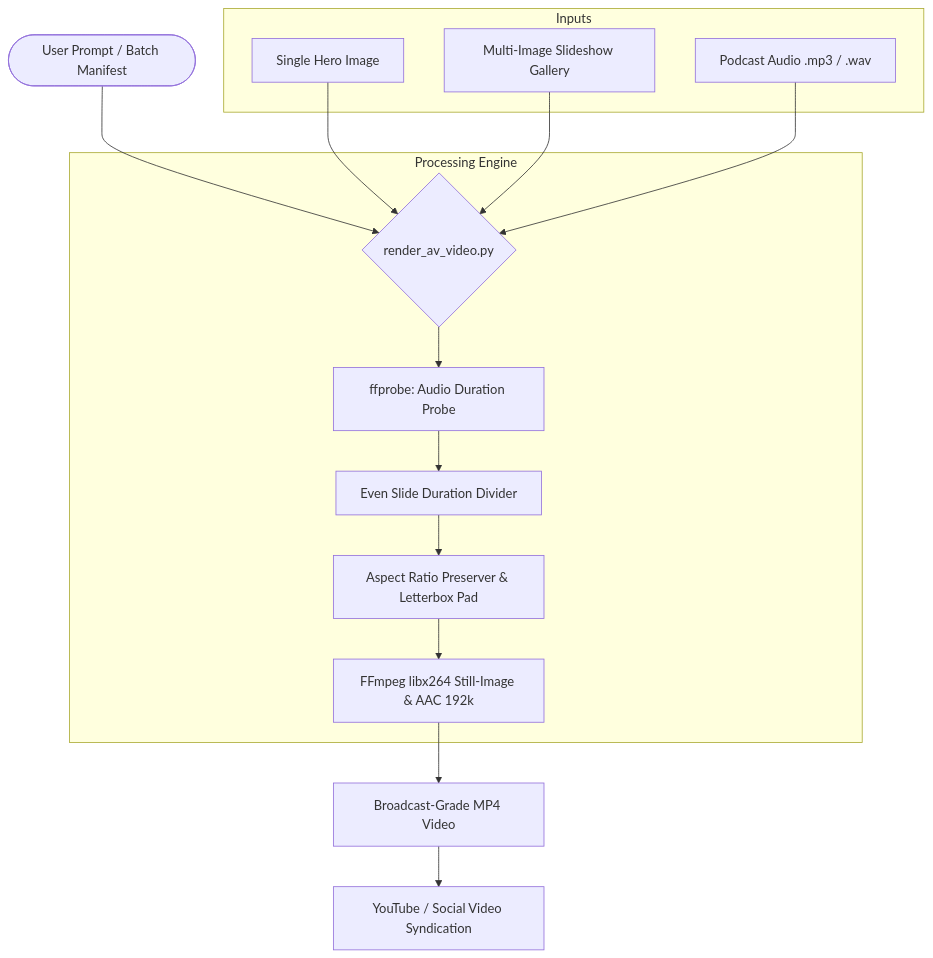
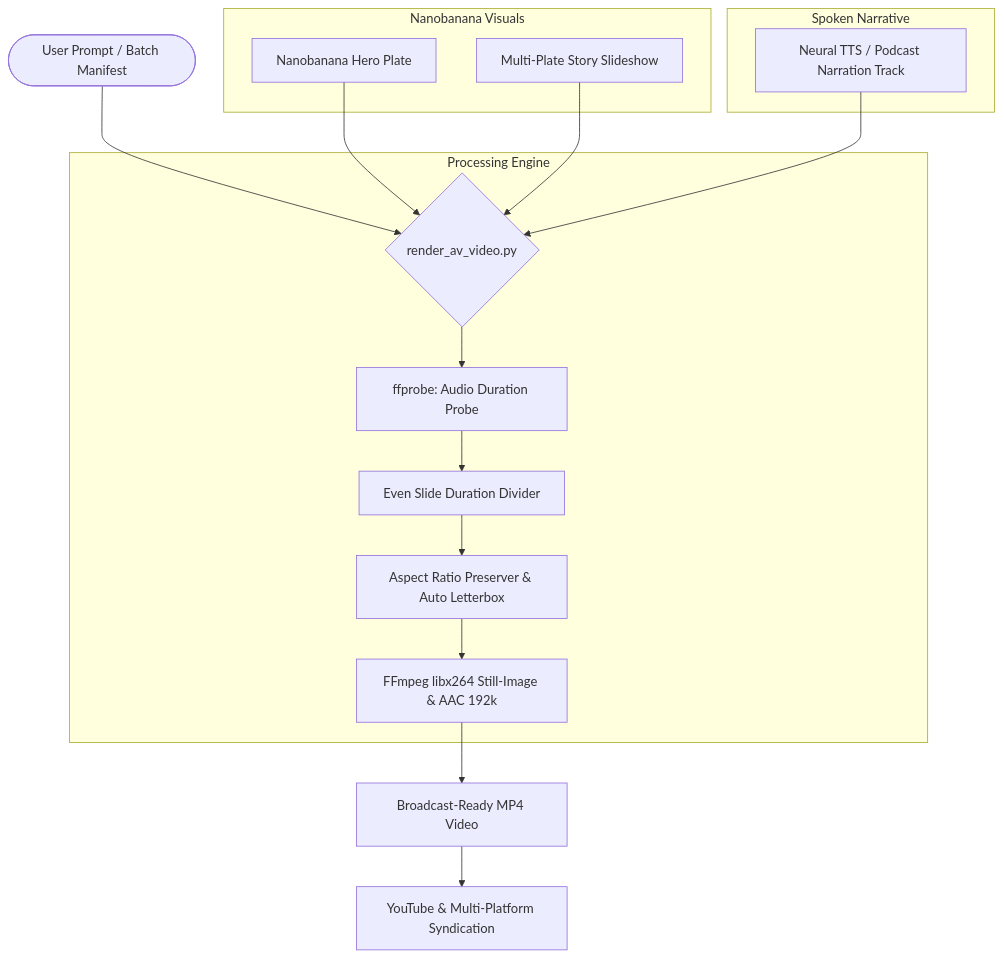
One commit to AjarnSpencer/nanobanana-video-with-narrative changed the diagram in README.md. Above: the diagram before and after it, drawn with Mermaid. The commit also changed other lines of this file and 5 other files, not shown here.

Commit message:
chore: align plugin name and branding to nanobanana-video-with-narrative

````diff
--- a/README.md
+++ b/README.md
@@ -16,24 +16,27 @@
 ```mermaid
 graph TD
-    UserPrompt([User Prompt / Batch Manifest]) --> Stitcher{render_av_video.py}
+    UserPrompt([User Prompt / Batch Manifest]) --> Engine{render_av_video.py}
     
-    subgraph Inputs
-        ImgSingle[Single Hero Image]
-        ImgMulti[Multi-Image Slideshow Gallery]
-        AudioIn[Podcast Audio .mp3 / .wav]
+    subgraph Nanobanana Visuals
+        PlateSingle[Nanobanana Hero Plate]
+        PlateMulti[Multi-Plate Story Slideshow]
     end
 
-    ImgSingle --> Stitcher
-    ImgMulti --> Stitcher
-    AudioIn --> Stitcher
+    subgraph Spoken Narrative
+        AudioIn[Neural TTS / Podcast Narration Track]
+    end
+
+    PlateSingle --> Engine
+    PlateMulti --> Engine
+    AudioIn --> Engine
 
     subgraph Processing Engine
-        Stitcher --> DurationProbe[ffprobe: Audio Duration Probe]
+        Engine --> DurationProbe[ffprobe: Audio Duration Probe]
         DurationProbe --> ConcatMath[Even Slide Duration Divider]
-        ConcatMath --> AspectScaler[Aspect Ratio Preserver & Letterbox Pad]
+        ConcatMath --> AspectScaler[Aspect Ratio Preserver & Auto Letterbox]
         AspectScaler --> FFmpegCore[FFmpeg libx264 Still-Image & AAC 192k]
     end
 
-    FFmpegCore --> VideoOut[Broadcast-Grade MP4 Video]
-    VideoOut --> YouTube[YouTube / Social Video Syndication]
+    FFmpegCore --> VideoOut[Broadcast-Ready MP4 Video]
+    VideoOut --> Syndication[YouTube & Multi-Platform Syndication]
 ```
````
